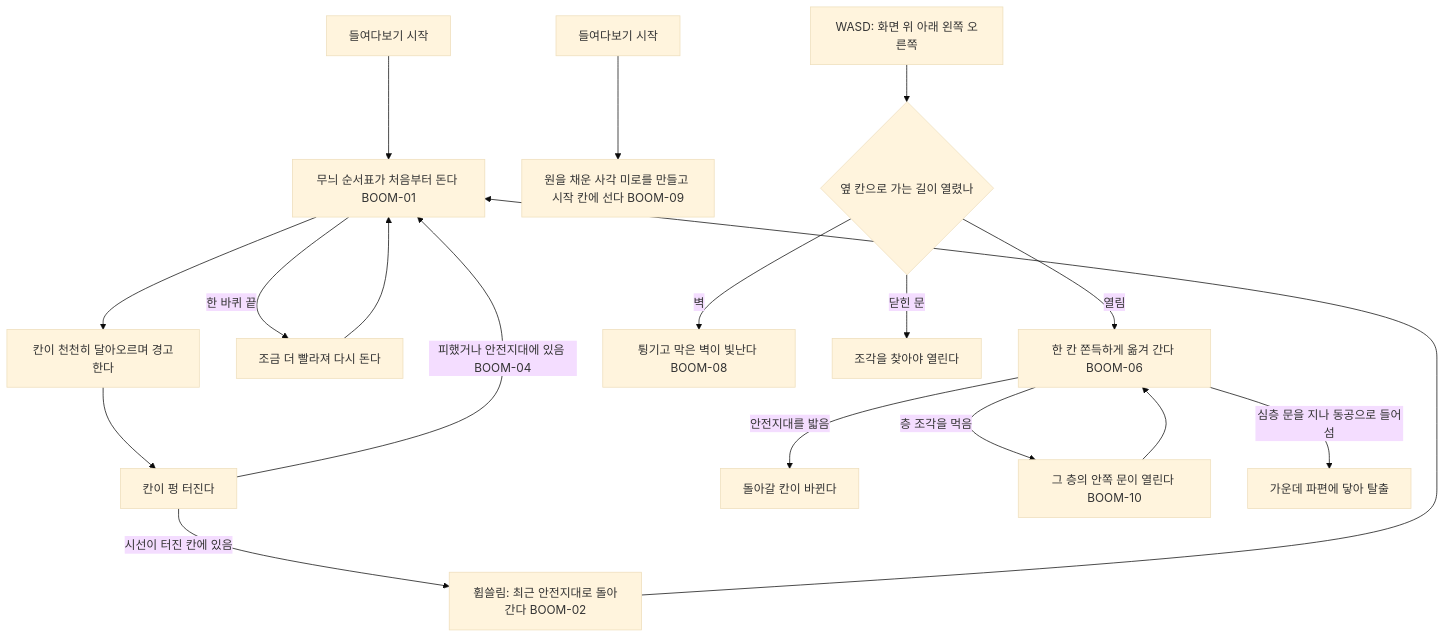
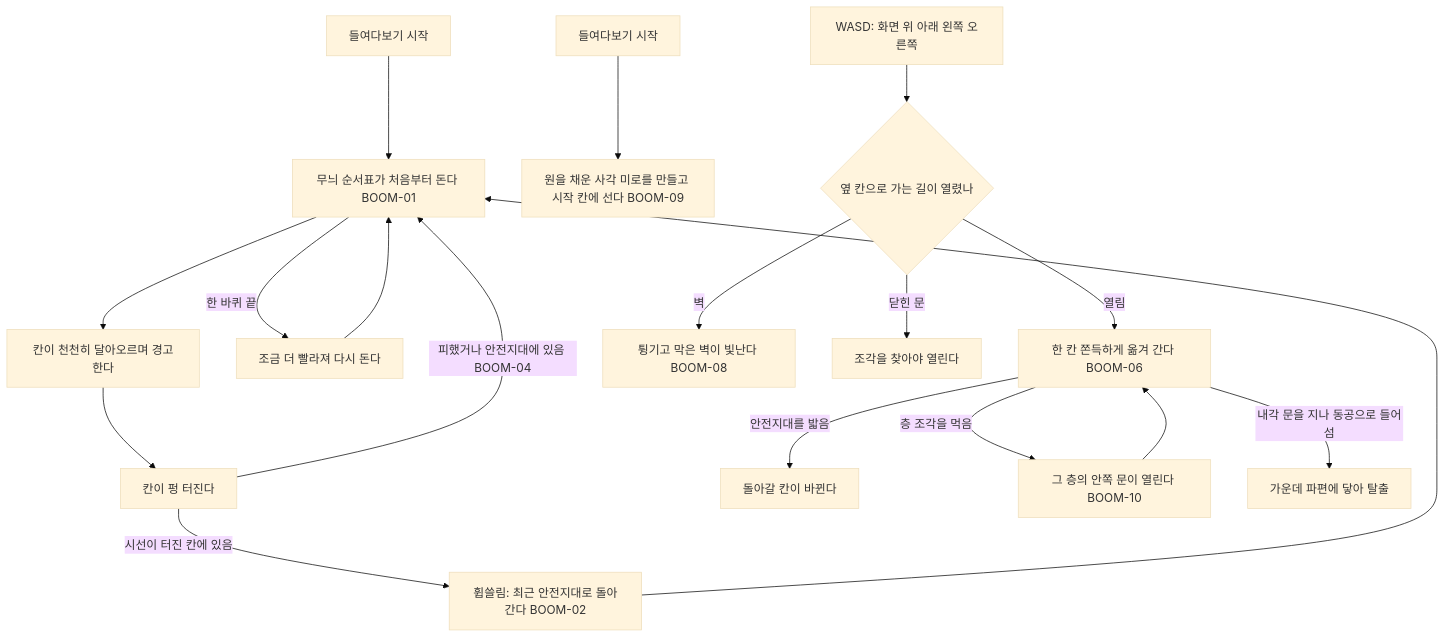
Before and after one commit to xpaklove12-lang/Corner1: the diagram in docs/specs/maze-boom.md, drawn with Mermaid (base theme). The commit also changed other lines of this file and 3 other files, not shown here.

````diff
--- a/docs/specs/maze-boom.md
+++ b/docs/specs/maze-boom.md
@@ -9,20 +9,20 @@
 ```mermaid
 flowchart TD
     A[들여다보기 시작] --> B[무늬 순서표가 처음부터 돈다 BOOM-01]
     B --> C[칸이 천천히 달아오르며 경고한다]
     C --> D[칸이 펑 터진다]
     D -->|시선이 터진 칸에 있음| E[휩쓸림: 최근 안전지대로 돌아간다 BOOM-02]
     D -->|피했거나 안전지대에 있음 BOOM-04| B
     E --> B
     B -->|한 바퀴 끝| F[조금 더 빨라져 다시 돈다]
     F --> B
     S[들여다보기 시작] --> T[원을 채운 사각 미로를 만들고 시작 칸에 선다 BOOM-09]
     M[WASD: 화면 위 아래 왼쪽 오른쪽] --> N{옆 칸으로 가는 길이 열렸나}
     N -->|열림| O[한 칸 쫀득하게 옮겨 간다 BOOM-06]
     N -->|벽| P[튕기고 막은 벽이 빛난다 BOOM-08]
     O -->|안전지대를 밟음| H[돌아갈 칸이 바뀐다]
     N -->|닫힌 문| R[조각을 찾아야 열린다]
     O -->|층 조각을 먹음| U[그 층의 안쪽 문이 열린다 BOOM-10]
     U --> O
-    O -->|심층 문을 지나 동공으로 들어섬| Q[가운데 파편에 닿아 탈출]
+    O -->|내각 문을 지나 동공으로 들어섬| Q[가운데 파편에 닿아 탈출]
 ```
````
